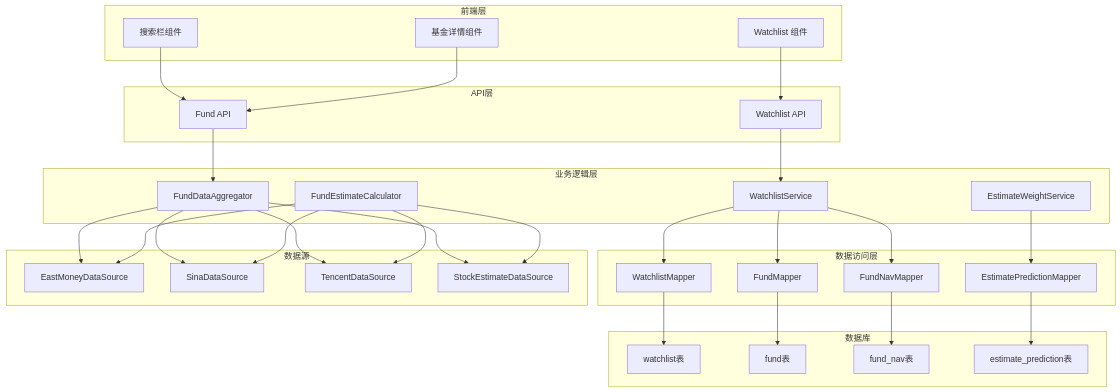
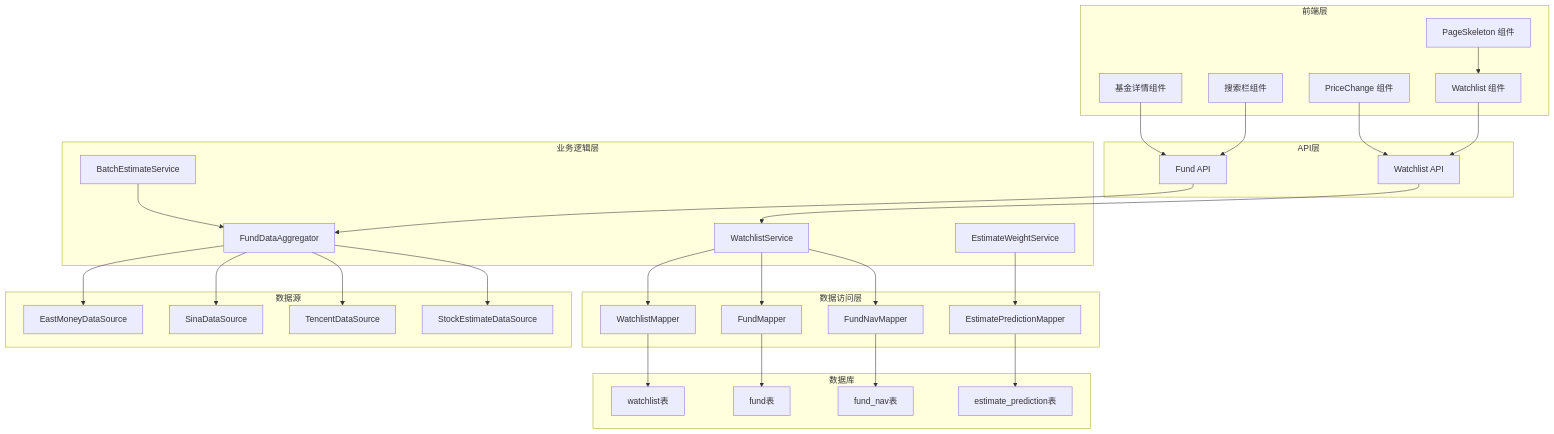
One commit to gree-coder/fund-butler changed the first of 10 diagrams in .qoder/repowiki/zh/content/Watchlist Enhancement.md. Above: the diagram before and after it, drawn with Mermaid. The commit also changed other lines of this file and 21 other files, not shown here.

````diff
--- a/.qoder/repowiki/zh/content/Watchlist Enhancement.md
+++ b/.qoder/repowiki/zh/content/Watchlist Enhancement.md
@@ -63,57 +57,58 @@
 ```mermaid
 graph TB
 subgraph "前端层"
 FE1[Watchlist 组件]
 FE2[搜索栏组件]
 FE3[基金详情组件]
+FE4[PriceChange 组件]
+FE5[PageSkeleton 组件]
 end
 subgraph "API层"
 API1[Watchlist API]
 API2[Fund API]
 end
 subgraph "业务逻辑层"
 SVC1[WatchlistService]
 SVC2[FundDataAggregator]
 SVC3[EstimateWeightService]
-SVC4[FundEstimateCalculator]
+SVC4[BatchEstimateService]
 end
 subgraph "数据访问层"
 MAP1[WatchlistMapper]
 MAP2[FundMapper]
 MAP3[FundNavMapper]
 MAP4[EstimatePredictionMapper]
 end
 subgraph "数据源"
 DS1[EastMoneyDataSource]
 DS2[SinaDataSource]
 DS3[TencentDataSource]
 DS4[StockEstimateDataSource]
 end
 subgraph "数据库"
 DB1[watchlist表]
 DB2[fund表]
 DB3[fund_nav表]
 DB4[estimate_prediction表]
 end
 FE1 --> API1
 FE2 --> API2
 FE3 --> API2
+FE4 --> API1
+FE5 --> FE1
 API1 --> SVC1
 API2 --> SVC2
 SVC1 --> MAP1
 SVC1 --> MAP2
 SVC1 --> MAP3
 SVC2 --> DS1
 SVC2 --> DS2
 SVC2 --> DS3
 SVC2 --> DS4
 SVC3 --> MAP4
-SVC4 --> DS1
-SVC4 --> DS2
-SVC4 --> DS3
-SVC4 --> DS4
+SVC4 --> SVC2
 MAP1 --> DB1
 MAP2 --> DB2
 MAP3 --> DB3
 MAP4 --> DB4
 ```
````
